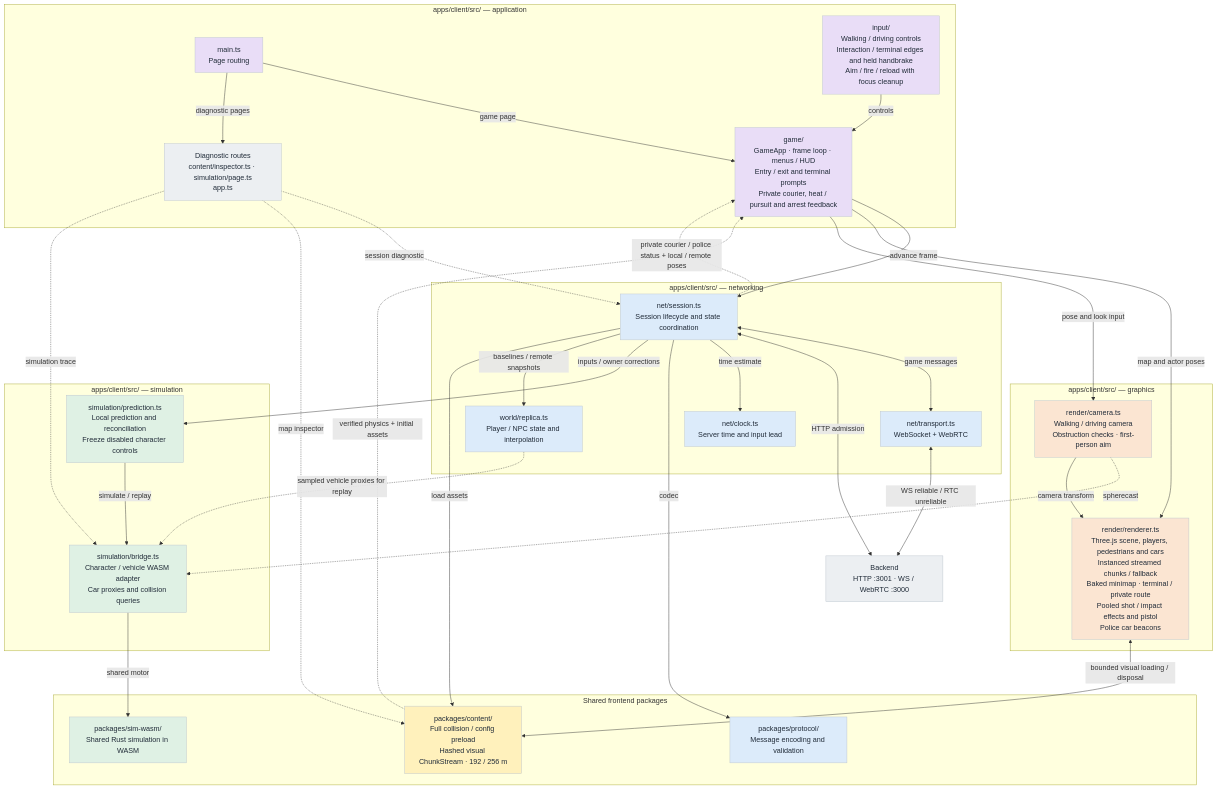
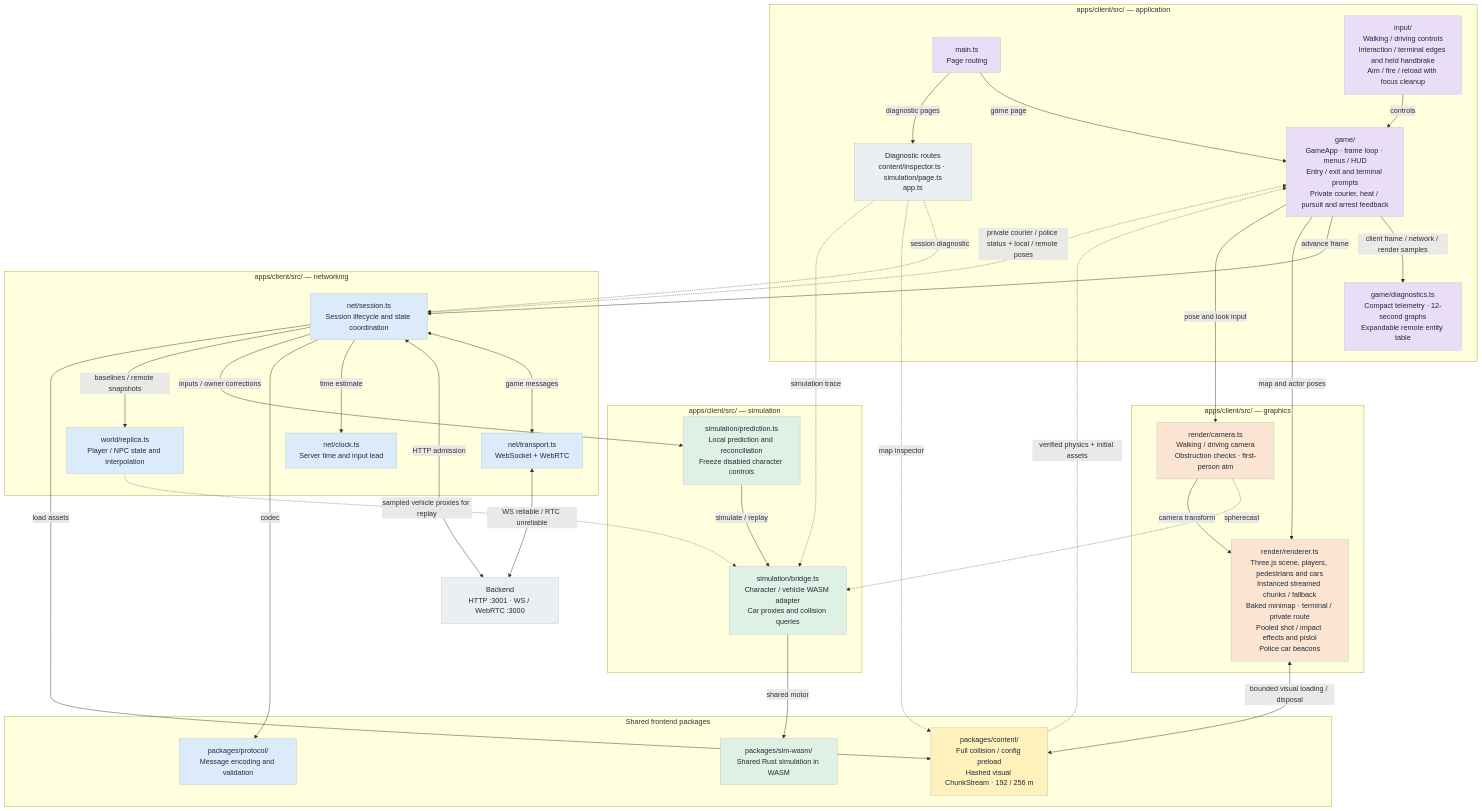
Before and after one commit to harveynw/browser-sandbox-game: the diagram in docs/diagrams/frontend.mmd, drawn with Mermaid. The commit also changed 5 other files, not shown here.

Commit message:
Make client diagnostics compact with live telemetry graphs

```diff
--- a/docs/diagrams/frontend.mmd
+++ b/docs/diagrams/frontend.mmd
@@ -1,64 +1,66 @@
 %% Frontend module system — current implementation through T15.
 %% Update with module, ownership, transport or data-flow changes.
 %% Purple: orchestration; blue: networking; green: simulation;
 %% orange: graphics; yellow: content; grey: diagnostics/external.
 flowchart TD
   subgraph group_0["apps/client/src/ — application"]
     main["main.ts<br/>Page routing"]:::app
     game["game/<br/>GameApp · frame loop · menus / HUD<br/>Entry / exit and terminal prompts<br/>Private courier, heat / pursuit and arrest feedback"]:::app
+    diagnostics["game/diagnostics.ts<br/>Compact telemetry · 12-second graphs<br/>Expandable remote entity table"]:::app
     input["input/<br/>Walking / driving controls<br/>Interaction / terminal edges and held handbrake<br/>Aim / fire / reload with focus cleanup"]:::app
     tools["Diagnostic routes<br/>content/inspector.ts · simulation/page.ts<br/>app.ts"]:::other
   end
   subgraph group_1["apps/client/src/ — networking"]
     session["net/session.ts<br/>Session lifecycle and state coordination"]:::net
     transport["net/transport.ts<br/>WebSocket + WebRTC"]:::net
     clock["net/clock.ts<br/>Server time and input lead"]:::net
     replica["world/replica.ts<br/>Player / NPC state and interpolation"]:::net
   end
   subgraph group_2["apps/client/src/ — simulation"]
     prediction["simulation/prediction.ts<br/>Local prediction and reconciliation<br/>Freeze disabled character controls"]:::sim
     bridge["simulation/bridge.ts<br/>Character / vehicle WASM adapter<br/>Car proxies and collision queries"]:::sim
   end
   subgraph group_3["apps/client/src/ — graphics"]
     renderer["render/renderer.ts<br/>Three.js scene, players, pedestrians and cars<br/>Instanced streamed chunks / fallback<br/>Baked minimap · terminal / private route<br/>Pooled shot / impact effects and pistol<br/>Police car beacons"]:::gfx
     camera["render/camera.ts<br/>Walking / driving camera<br/>Obstruction checks · first-person aim"]:::gfx
   end
   subgraph group_4["Shared frontend packages"]
     content["packages/content/<br/>Full collision / config preload<br/>Hashed visual ChunkStream · 192 / 256 m"]:::content
     protocol["packages/protocol/<br/>Message encoding and validation"]:::net
     wasm["packages/sim-wasm/<br/>Shared Rust simulation in WASM"]:::sim
   end
     backend["Backend<br/>HTTP :3001 · WS / WebRTC :3000"]:::other
 
   main -->|"game page"| game
   main -->|"diagnostic pages"| tools
   input -->|"controls"| game
+  game -->|"client frame / network / render samples"| diagnostics
   game -->|"advance frame"| session
   session <-->|"game messages"| transport
   transport <-->|"WS reliable / RTC unreliable"| backend
   session <-->|"HTTP admission"| backend
   session -->|"time estimate"| clock
   session -->|"codec"| protocol
   session -->|"inputs / owner corrections"| prediction
   prediction -->|"simulate / replay"| bridge
   bridge -->|"shared motor"| wasm
   session -->|"baselines / remote snapshots"| replica
   replica -.->|"sampled vehicle proxies for replay"| bridge
   session -->|"load assets"| content
   content -.->|"verified physics + initial assets"| game
   renderer <-->|"bounded visual loading / disposal"| content
   session -.->|"private courier / police status + local / remote poses"| game
   game -->|"map and actor poses"| renderer
   game -->|"pose and look input"| camera
   camera -.->|"spherecast"| bridge
   camera -->|"camera transform"| renderer
   tools -.->|"session diagnostic"| session
   tools -.->|"map inspector"| content
   tools -.->|"simulation trace"| bridge
 
   classDef app fill:#E9DDF7,stroke:#BDC5CE,color:#202B38
   classDef net fill:#DCEBFA,stroke:#BDC5CE,color:#202B38
   classDef sim fill:#DFF1E4,stroke:#BDC5CE,color:#202B38
   classDef gfx fill:#FBE5D2,stroke:#BDC5CE,color:#202B38
   classDef content fill:#FFF1BC,stroke:#BDC5CE,color:#202B38
   classDef other fill:#ECEFF2,stroke:#BDC5CE,color:#202B38
```
